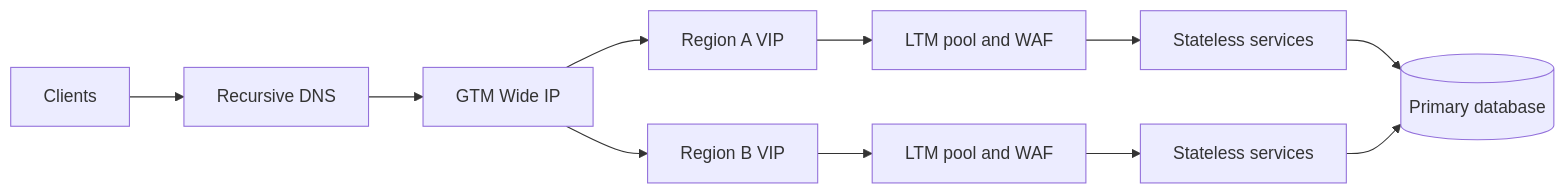
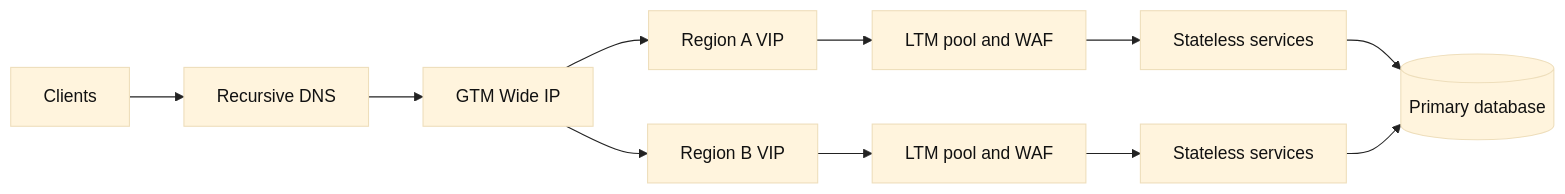
Before and after one commit to souradeepta/networking-primer: the diagram in docs/network-system-design-exercises.md, drawn with Mermaid. The commit also changed 45 other files, not shown here.

````diff
--- a/docs/network-system-design-exercises.md
+++ b/docs/network-system-design-exercises.md
@@ -48,13 +48,14 @@
 ```mermaid
+%%{init: {"theme":"base", "themeVariables":{"primaryTextColor":"#111111","lineColor":"#222222"}}}%%
 flowchart LR
   U[Clients] --> D[Recursive DNS]
   D --> G[GTM Wide IP]
   G --> V1[Region A VIP]
   G --> V2[Region B VIP]
   V1 --> L1[LTM pool and WAF]
   V2 --> L2[LTM pool and WAF]
   L1 --> S1[Stateless services]
   L2 --> S2[Stateless services]
   S1 --> DB[(Primary database)]
   S2 --> DB
 ```
````
